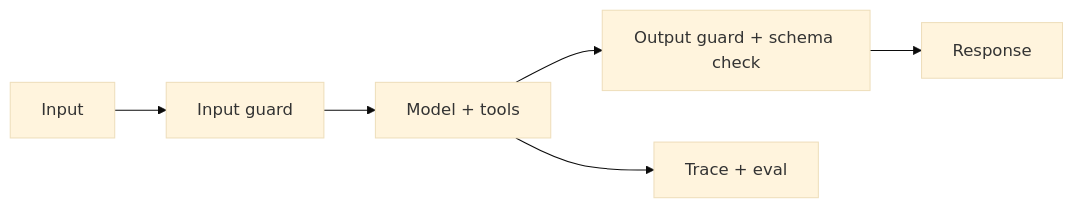
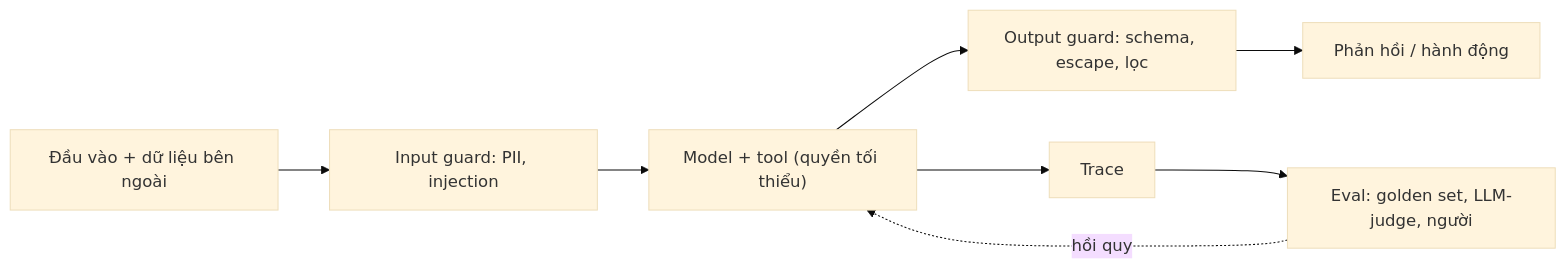
One commit to passion-Infinity/personal-tech-playbook changed the diagram in src/assets/knowledge/playbooks/ai-engineering/llm-evaluation-guardrails-security.md. Above: the diagram before and after it, drawn with Mermaid (base theme). The commit also changed other lines of this file and 3 other files, not shown here.

First line of the commit message:
Deep-dive rewrite: LLM eval/security, cost/latency, vector DB/embeddings

````diff
--- a/src/assets/knowledge/playbooks/ai-engineering/llm-evaluation-guardrails-security.md
+++ b/src/assets/knowledge/playbooks/ai-engineering/llm-evaluation-guardrails-security.md
@@ -17,6 +33,9 @@
 ```mermaid
 flowchart LR
-    IN[Input] --> G1["Input guard"] --> M[Model + tools]
-    M --> G2["Output guard + schema check"] --> OUT[Response]
-    M --> LOG["Trace + eval"]
+    IN["Đầu vào + dữ liệu bên ngoài"] --> G1["Input guard: PII, injection"]
+    G1 --> M["Model + tool (quyền tối thiểu)"]
+    M --> G2["Output guard: schema, escape, lọc"]
+    G2 --> OUT["Phản hồi / hành động"]
+    M --> TR["Trace"] --> EV["Eval: golden set, LLM-judge, người"]
+    EV -.->|"hồi quy"| M
 ```
````
